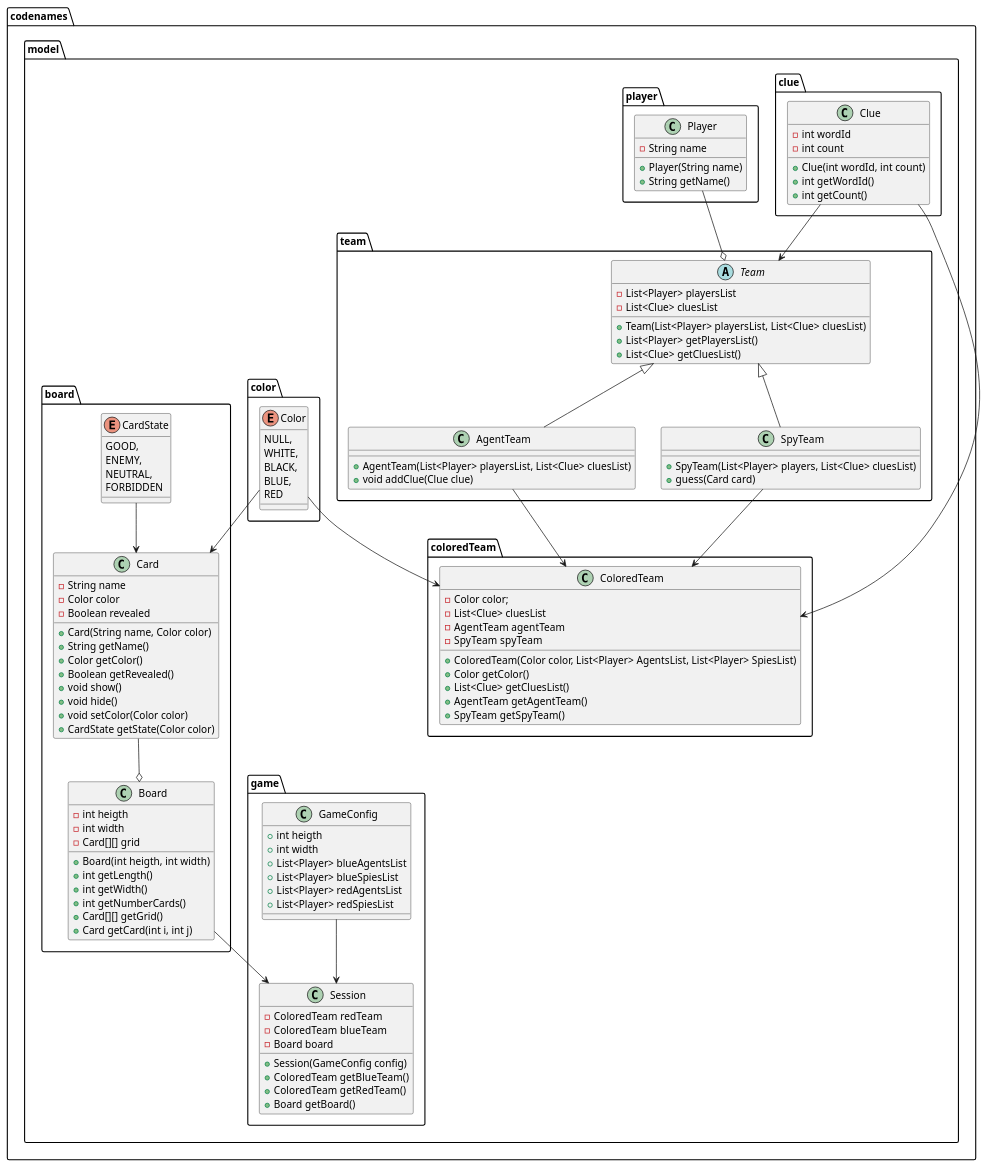
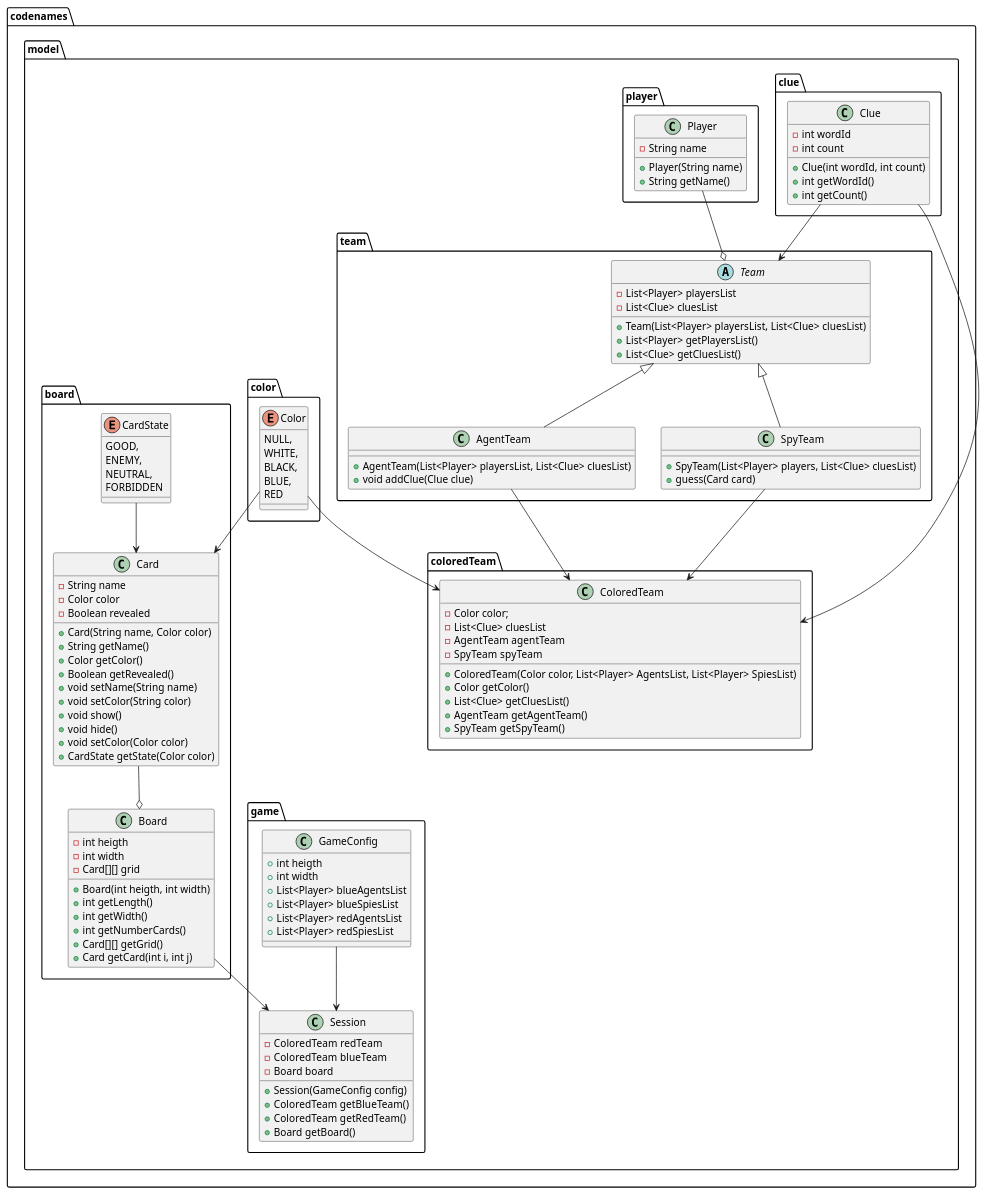
Before and after one commit to Natvs/Codename: the diagram in uml/model_uml.puml, drawn with PlantUML. The commit also changed 8 other files, not shown here.

```diff
--- a/uml/model_uml.puml
+++ b/uml/model_uml.puml
@@ -1,144 +1,146 @@
 @startuml
 
 package codenames.model.clue {
 
     class Clue {
         - int wordId
         - int count
         + Clue(int wordId, int count)
         + int getWordId()
         + int getCount()
     }
 
 }
 
 package codenames.model.color {
 
     enum Color {
         NULL,
         WHITE,
         BLACK,
         BLUE,
         RED
     }
 
 }
 
 package codenames.model.game {
 
     class GameConfig {
         + int heigth
         + int width
         + List<Player> blueAgentsList
         + List<Player> blueSpiesList
         + List<Player> redAgentsList
         + List<Player> redSpiesList
     }
     class Session {
         - ColoredTeam redTeam
         - ColoredTeam blueTeam
         - Board board
         + Session(GameConfig config)
         + ColoredTeam getBlueTeam()
         + ColoredTeam getRedTeam()
         + Board getBoard()
     }
 
     GameConfig --> Session
  
 }
 
 package codenames.model.team {
 
     abstract class Team {
         - List<Player> playersList
         - List<Clue> cluesList
         + Team(List<Player> playersList, List<Clue> cluesList)
         + List<Player> getPlayersList()
         + List<Clue> getCluesList()
     }
     class AgentTeam extends Team {
         + AgentTeam(List<Player> playersList, List<Clue> cluesList)
         + void addClue(Clue clue)
     }
     class SpyTeam extends Team {
         + SpyTeam(List<Player> players, List<Clue> cluesList)
         + guess(Card card)
     }
 
 }
 
 package codenames.model.coloredTeam {
 
     class ColoredTeam {
         - Color color;
         - List<Clue> cluesList
         - AgentTeam agentTeam
         - SpyTeam spyTeam
         + ColoredTeam(Color color, List<Player> AgentsList, List<Player> SpiesList)
         + Color getColor()
         + List<Clue> getCluesList()
         + AgentTeam getAgentTeam()
         + SpyTeam getSpyTeam()
     }
 
 }
 
 package codenames.model.player {
 
     class Player {
         - String name
         + Player(String name)
         + String getName()
     }
 
 }
 
 package codenames.model.board {
 
     class Card {
         - String name
         - Color color
         - Boolean revealed
         + Card(String name, Color color)
         + String getName()
         + Color getColor()
         + Boolean getRevealed()
+        + void setName(String name)
+        + void setColor(String color)
         + void show()
         + void hide()
         + void setColor(Color color)
         + CardState getState(Color color)
     }
     enum CardState {
         GOOD,
         ENEMY,
         NEUTRAL,
         FORBIDDEN
     }
     class Board {
         - int heigth
         - int width
         - Card[][] grid
         + Board(int heigth, int width)
         + int getLength()
         + int getWidth()
         + int getNumberCards()
         + Card[][] getGrid()
         + Card getCard(int i, int j)
     }
 
     CardState --> Card
     Card --o Board
 
 }
 
 Player --o Team
 Color --> ColoredTeam
 Color --> Card
 Board --> Session
 AgentTeam --> ColoredTeam
 SpyTeam --> ColoredTeam
 Clue --> ColoredTeam
 Clue --> Team
 
 @enduml
```
